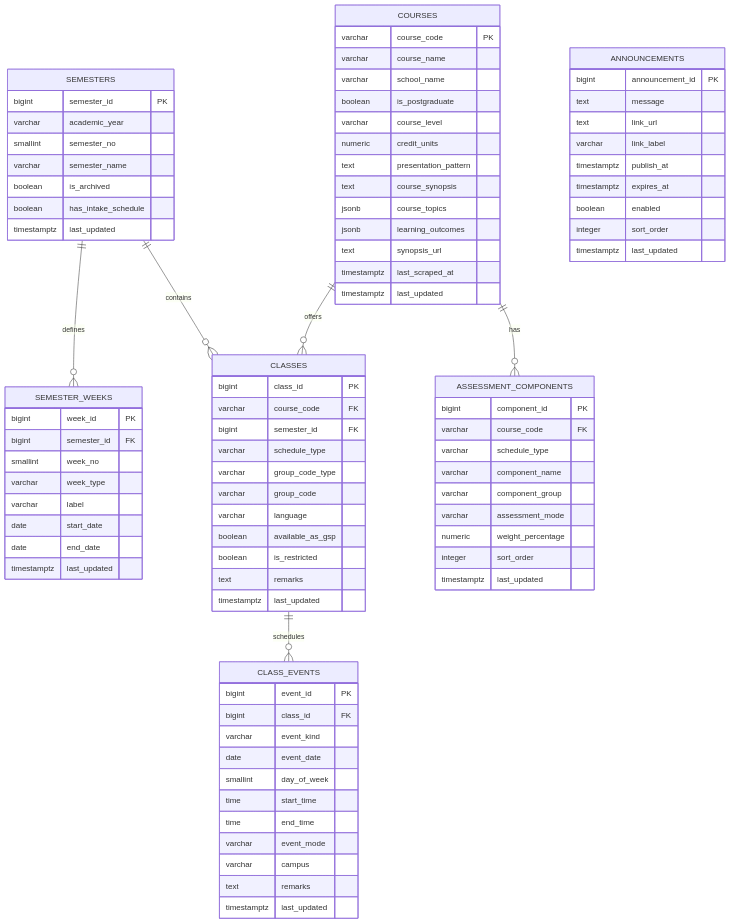
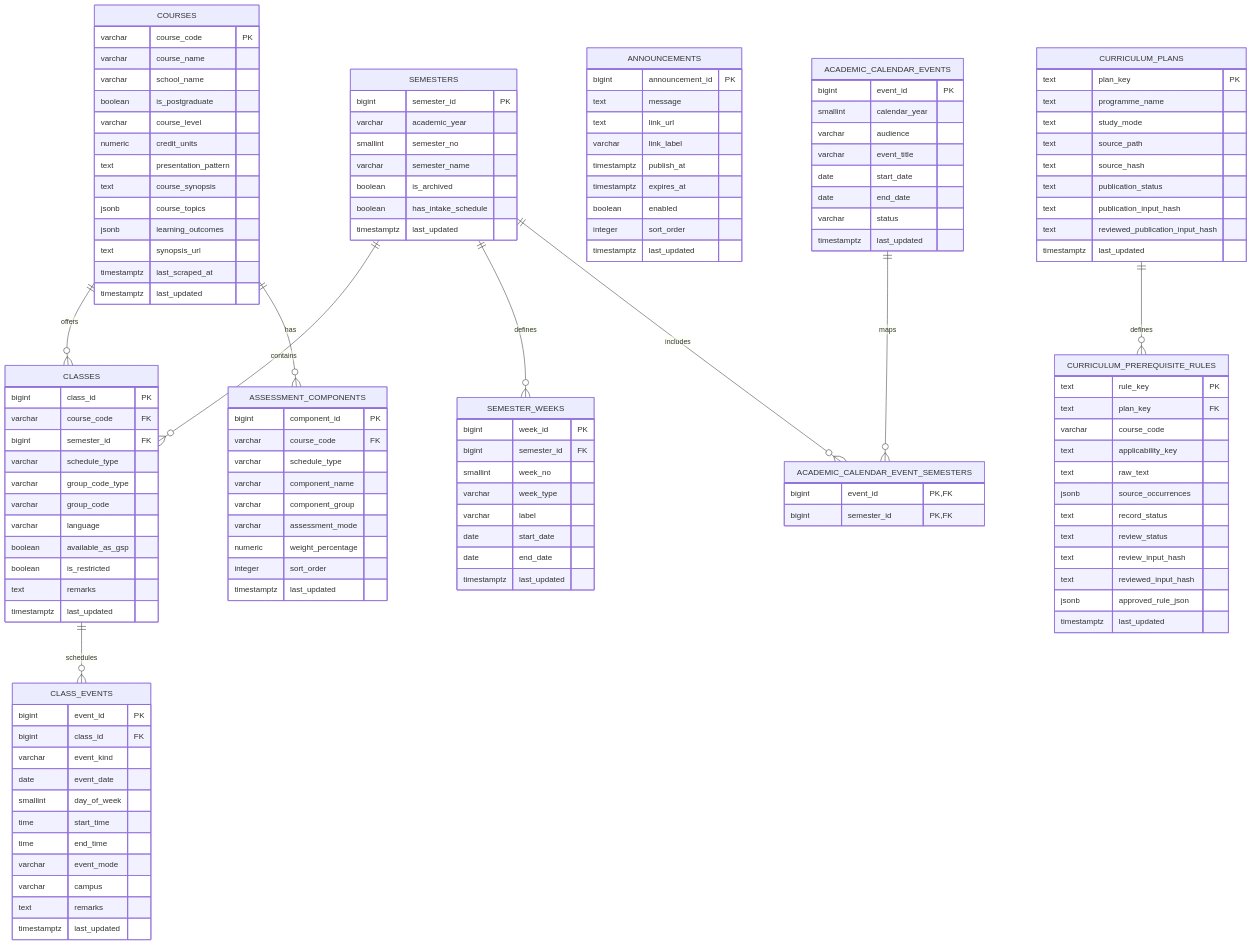
One commit to lester-td/SUSSplanner changed the second of 18 diagrams in docs/DeveloperGuide.md. Above: the diagram before and after it, drawn with Mermaid. The commit also changed other lines of this file and 76 other files, not shown here.

````diff
--- a/docs/DeveloperGuide.md
+++ b/docs/DeveloperGuide.md
@@ -441,9 +470,55 @@
         timestamptz last_updated
     }
 
+    ACADEMIC_CALENDAR_EVENTS {
+        bigint event_id PK
+        smallint calendar_year
+        varchar audience
+        varchar event_title
+        date start_date
+        date end_date
+        varchar status
+        timestamptz last_updated
+    }
+
+    ACADEMIC_CALENDAR_EVENT_SEMESTERS {
+        bigint event_id PK,FK
+        bigint semester_id PK,FK
+    }
+
+    CURRICULUM_PLANS {
+        text plan_key PK
+        text programme_name
+        text study_mode
+        text source_path
+        text source_hash
+        text publication_status
+        text publication_input_hash
+        text reviewed_publication_input_hash
+        timestamptz last_updated
+    }
+
+    CURRICULUM_PREREQUISITE_RULES {
+        text rule_key PK
+        text plan_key FK
+        varchar course_code
+        text applicability_key
+        text raw_text
+        jsonb source_occurrences
+        text record_status
+        text review_status
+        text review_input_hash
+        text reviewed_input_hash
+        jsonb approved_rule_json
+        timestamptz last_updated
+    }
+
     COURSES ||--o{ CLASSES : offers
     SEMESTERS ||--o{ CLASSES : contains
     SEMESTERS ||--o{ SEMESTER_WEEKS : defines
     CLASSES ||--o{ CLASS_EVENTS : schedules
     COURSES ||--o{ ASSESSMENT_COMPONENTS : has
+    ACADEMIC_CALENDAR_EVENTS ||--o{ ACADEMIC_CALENDAR_EVENT_SEMESTERS : maps
+    SEMESTERS ||--o{ ACADEMIC_CALENDAR_EVENT_SEMESTERS : includes
+    CURRICULUM_PLANS ||--o{ CURRICULUM_PREREQUISITE_RULES : defines
 ```
````
